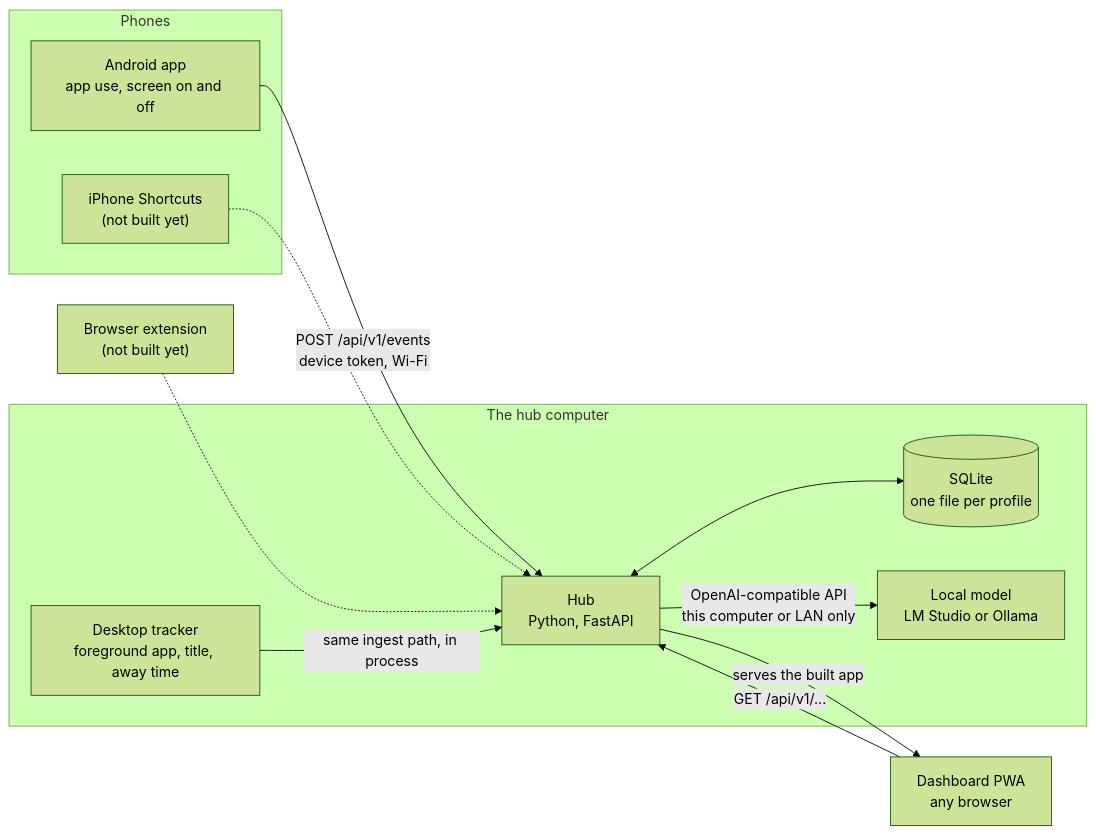
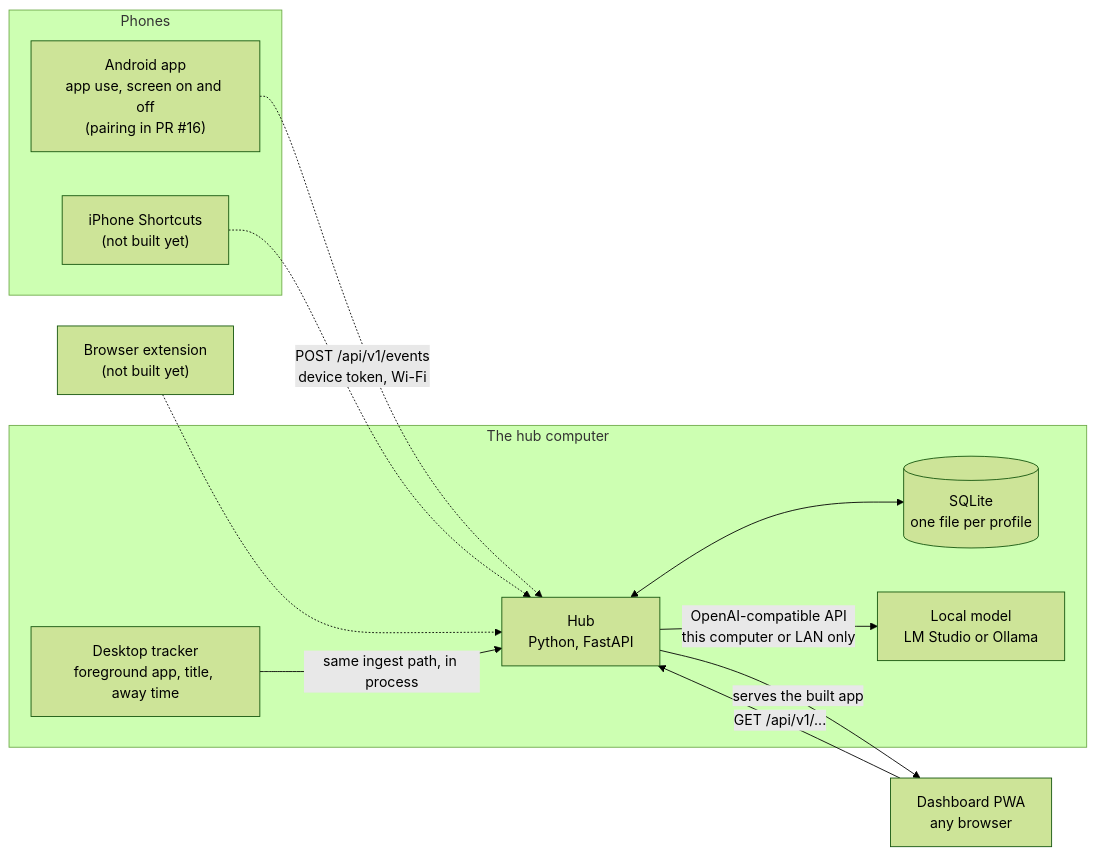
The first of 6 diagrams in docs/architecture.md (SaiGaneshPS/daytrace), drawn with Mermaid (forest theme) before and after one commit. The commit also changed other lines of this file and 6 other files, not shown here.

````diff
--- a/docs/architecture.md
+++ b/docs/architecture.md
@@ -8,24 +8,24 @@
 ```mermaid
 flowchart LR
   subgraph phones["Phones"]
-    android["Android app<br/>app use, screen on and off"]
+    android["Android app<br/>app use, screen on and off<br/>(pairing in PR #16)"]
     iphone["iPhone Shortcuts<br/>(not built yet)"]
   end
   subgraph pc["The hub computer"]
     tracker["Desktop tracker<br/>foreground app, title, away time"]
     hub["Hub<br/>Python, FastAPI"]
     db[("SQLite<br/>one file per profile")]
     llm["Local model<br/>LM Studio or Ollama"]
   end
   ext["Browser extension<br/>(not built yet)"]
   dash["Dashboard PWA<br/>any browser"]
 
-  android -- "POST /api/v1/events<br/>device token, Wi-Fi" --> hub
+  android -. "POST /api/v1/events<br/>device token, Wi-Fi" .-> hub
   iphone -.-> hub
   ext -.-> hub
   tracker -- "same ingest path, in process" --> hub
   hub <--> db
   hub -- "OpenAI-compatible API<br/>this computer or LAN only" --> llm
   hub -- "serves the built app" --> dash
   dash -- "GET /api/v1/..." --> hub
 ```
````
